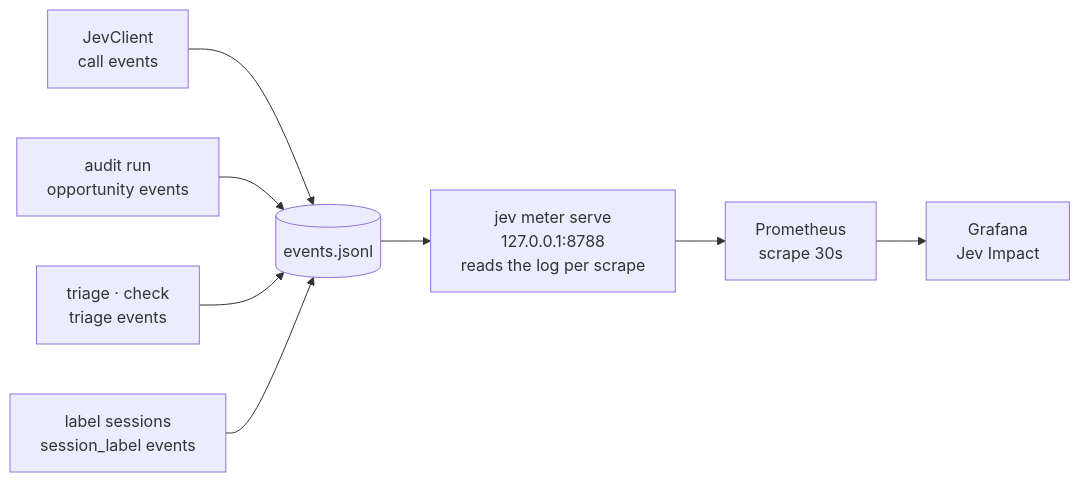
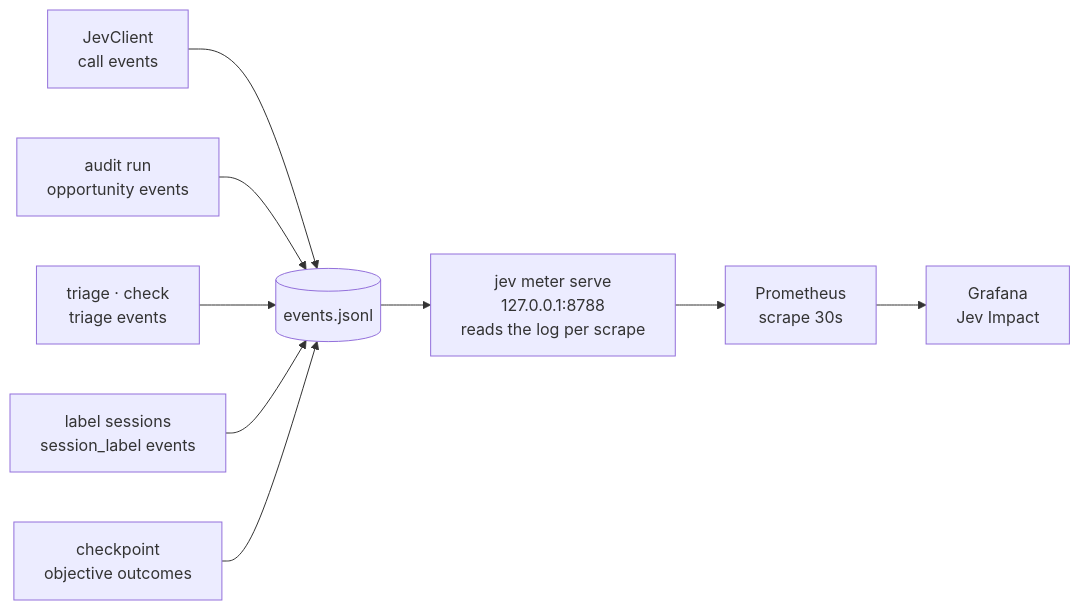
The diagram in docs/metrics.md (jbt95/jev-toolkit), drawn with Mermaid before and after one commit. The commit also changed other lines of this file and 25 other files, not shown here.

First line of the commit message:
feat(telemetry): complete the joined impact roadmap

````diff
--- a/docs/metrics.md
+++ b/docs/metrics.md
@@ -7,13 +7,14 @@
 ```mermaid
 flowchart LR
   JC["JevClient<br/>call events"]
   AR["audit run<br/>opportunity events"]
   TR["triage · check<br/>triage events"]
   LS["label sessions<br/>session_label events"]
+  CP["checkpoint<br/>objective outcomes"]
   LOG[("events.jsonl")]
   METER["jev meter serve<br/>127.0.0.1:8788<br/>reads the log per scrape"]
   PROM["Prometheus<br/>scrape 30s"]
   GRAF["Grafana<br/>Jev Impact"]
 
-  JC & AR & TR & LS --> LOG --> METER --> PROM --> GRAF
+  JC & AR & TR & LS & CP --> LOG --> METER --> PROM --> GRAF
 ```
````
